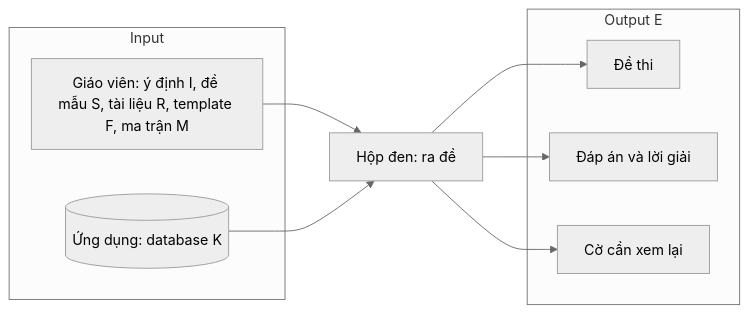
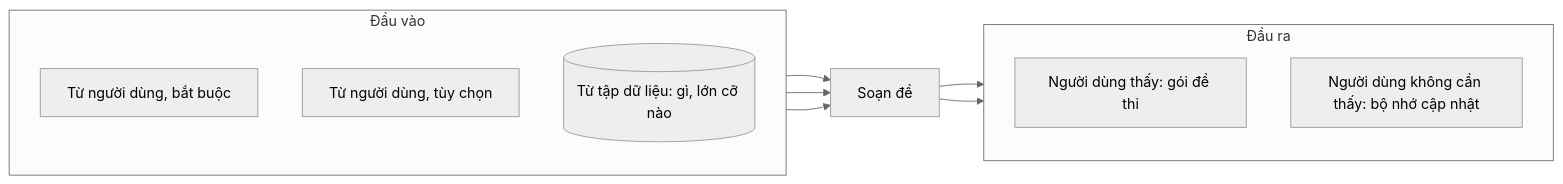
One commit to ndmhuy/ASTRA changed the second of 16 diagrams in docs/ct-slide-plan.md. Above: the diagram before and after it, drawn with Mermaid (neutral theme). The commit also changed other lines of this file and 1 other file, not shown here.

````diff
--- a/docs/ct-slide-plan.md
+++ b/docs/ct-slide-plan.md
@@ -136,18 +100,20 @@
 ```mermaid
 flowchart LR
-    subgraph IN["Input"]
-        T["Giáo viên: ý định I, đề mẫu S, tài liệu R, template F, ma trận M"]
-        K[("Ứng dụng: database K")]
+    subgraph IN["Đầu vào"]
+        direction TB
+        I1["Từ người dùng, bắt buộc"]
+        I2["Từ người dùng, tùy chọn"]
+        I3[("Từ tập dữ liệu: gì, lớn cỡ nào")]
     end
-    X["Hộp đen: ra đề"]
-    subgraph OUT["Output E"]
-        E1["Đề thi"]
-        E2["Đáp án và lời giải"]
-        E3["Cờ cần xem lại"]
+    X["Soạn đề"]
+    subgraph OUT["Đầu ra"]
+        direction TB
+        O1["Người dùng thấy: gói đề thi"]
+        O2["Người dùng không cần thấy: bộ nhớ cập nhật"]
     end
-    T --> X
-    K --> X
-    X --> E1
-    X --> E2
-    X --> E3
+    I1 --> X
+    I2 --> X
+    I3 --> X
+    X --> O1
+    X --> O2
 ```
````
